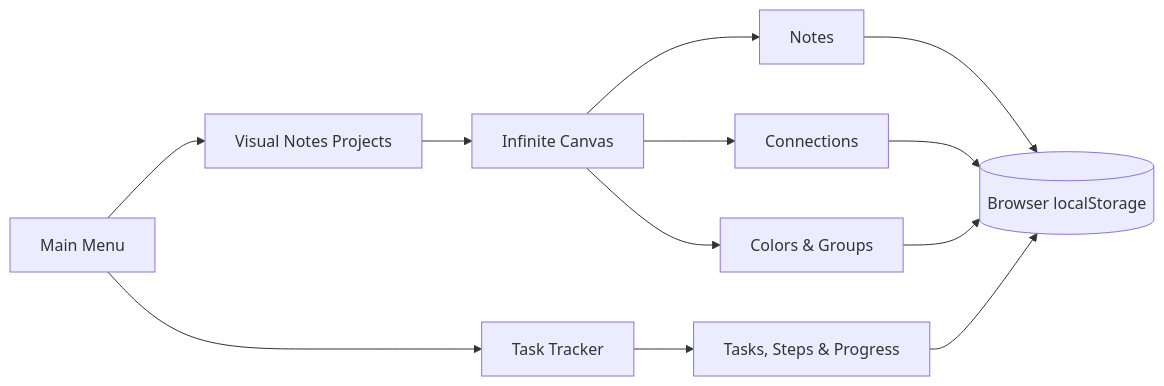
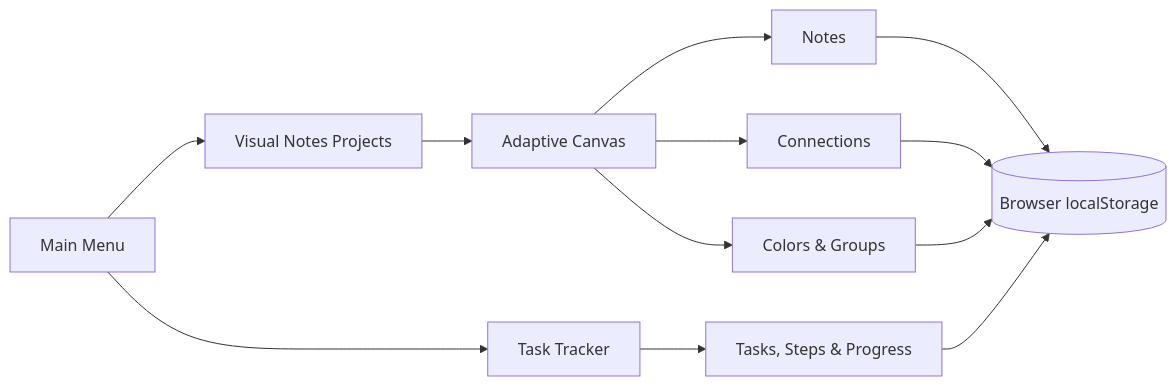
One commit to SzymonRembalski/visual-notes changed the diagram in README.md. Above: the diagram before and after it, drawn with Mermaid. The commit also changed other lines of this file and 11 other files, not shown here.

````diff
--- a/README.md
+++ b/README.md
@@ -44,11 +44,11 @@
 ```mermaid
 flowchart LR
     A[Main Menu] --> B[Task Tracker]
     A --> C[Visual Notes Projects]
-    C --> D[Infinite Canvas]
+    C --> D[Adaptive Canvas]
     D --> E[Notes]
     D --> F[Connections]
     D --> G[Colors & Groups]
     B --> H[Tasks, Steps & Progress]
     E & F & G & H --> I[(Browser localStorage)]
 ```
````
